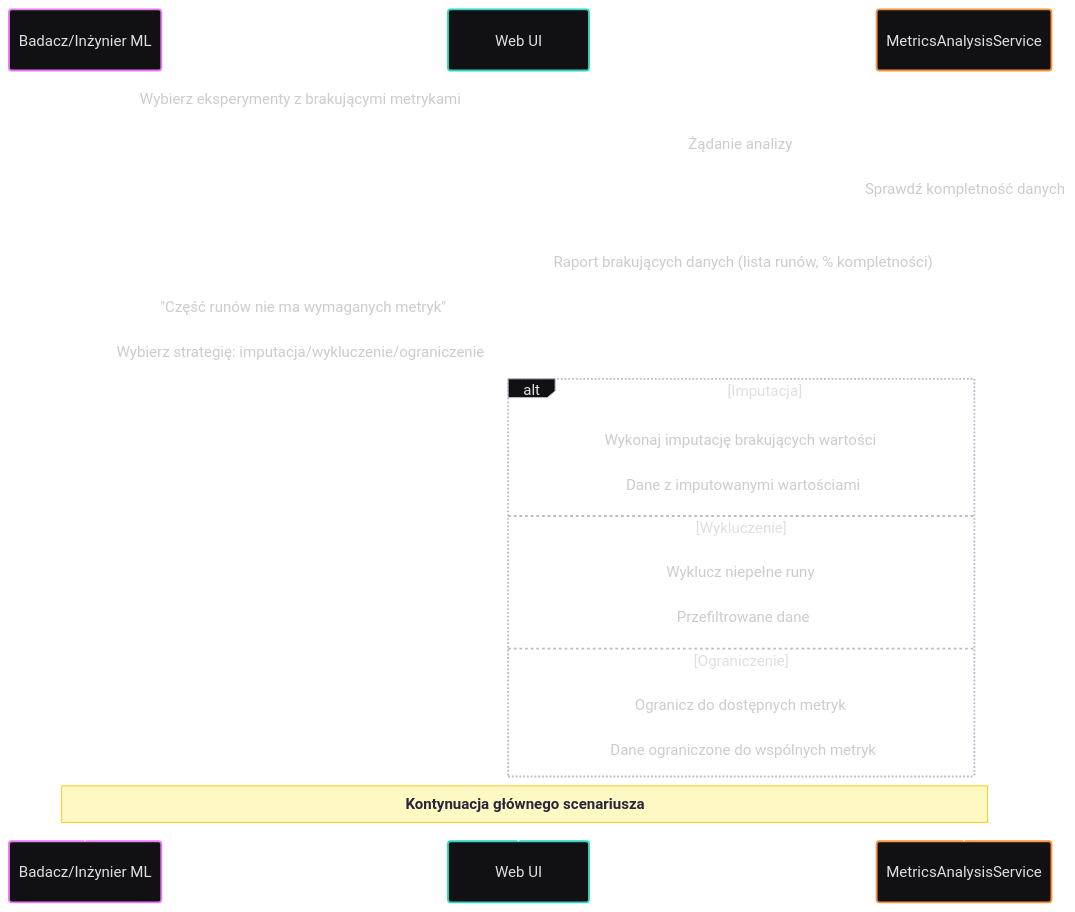
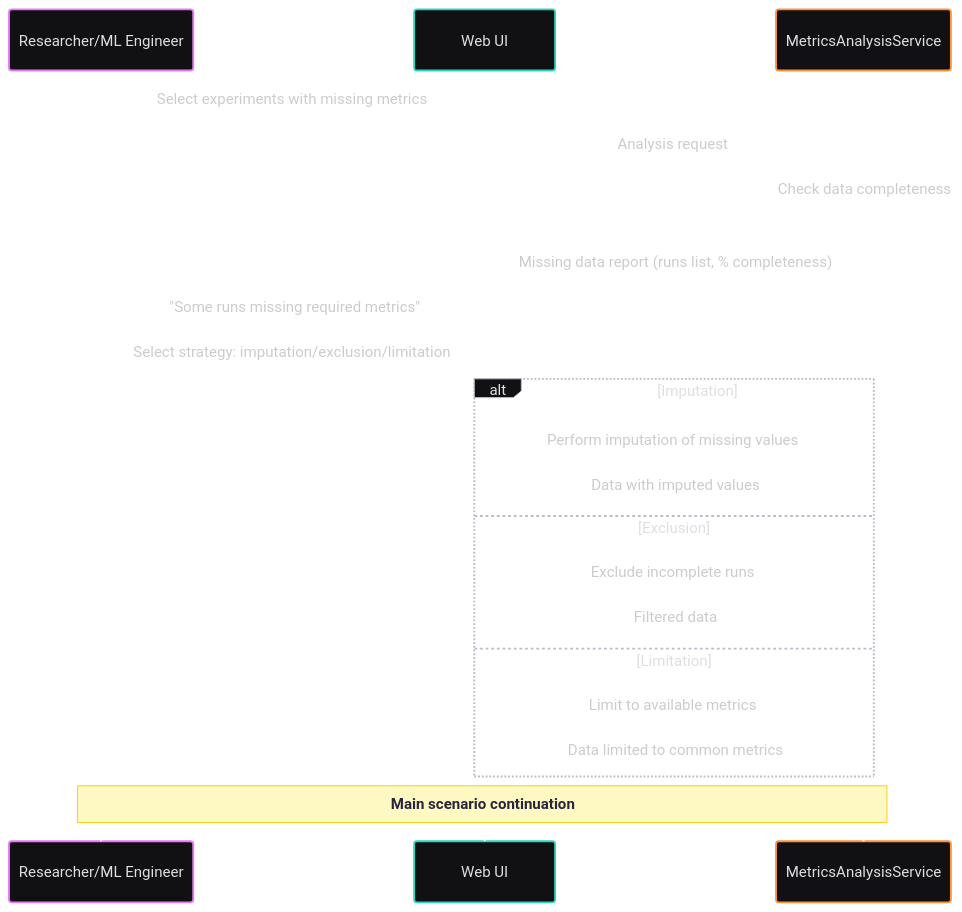
Before and after one commit to jedrzejpolaczek/aviarium.corvidae.corvus_corone: diagram 16 of 33 in docs/requirements/use-cases.md, drawn with Mermaid. The commit also changed other lines of this file and 21 other files, not shown here.

````diff
--- a/docs/requirements/use-cases.md
+++ b/docs/requirements/use-cases.md
@@ -704,27 +704,27 @@
 ```mermaid
 ---
 config:
   theme: redux-dark-color
 ---
 sequenceDiagram
-    participant A1 as Badacz/Inżynier ML
+    participant A1 as Researcher/ML Engineer
     participant UI as Web UI
     participant MAS as MetricsAnalysisService
-    A1->>UI: Wybierz eksperymenty z brakującymi metrykami
-    UI->>MAS: Żądanie analizy
-    MAS->>MAS: Sprawdź kompletność danych
-    MAS-->>UI: Raport brakujących danych (lista runów, % kompletności)
-    UI-->>A1: "Część runów nie ma wymaganych metryk"
-    A1->>UI: Wybierz strategię: imputacja/wykluczenie/ograniczenie
-    alt Imputacja
-    UI->>MAS: Wykonaj imputację brakujących wartości
-    MAS-->>UI: Dane z imputowanymi wartościami
-    else Wykluczenie
-    UI->>MAS: Wyklucz niepełne runy
-    MAS-->>UI: Przefiltrowane dane
-    else Ograniczenie
-    UI->>MAS: Ogranicz do dostępnych metryk
-    MAS-->>UI: Dane ograniczone do wspólnych metryk
+    A1->>UI: Select experiments with missing metrics
+    UI->>MAS: Analysis request
+    MAS->>MAS: Check data completeness
+    MAS-->>UI: Missing data report (runs list, % completeness)
+    UI-->>A1: "Some runs missing required metrics"
+    A1->>UI: Select strategy: imputation/exclusion/limitation
+    alt Imputation
+    UI->>MAS: Perform imputation of missing values
+    MAS-->>UI: Data with imputed values
+    else Exclusion
+    UI->>MAS: Exclude incomplete runs
+    MAS-->>UI: Filtered data
+    else Limitation
+    UI->>MAS: Limit to available metrics
+    MAS-->>UI: Data limited to common metrics
     end
-    Note over A1,MAS: Kontynuacja głównego scenariusza
+    Note over A1,MAS: Main scenario continuation
 ```
````
